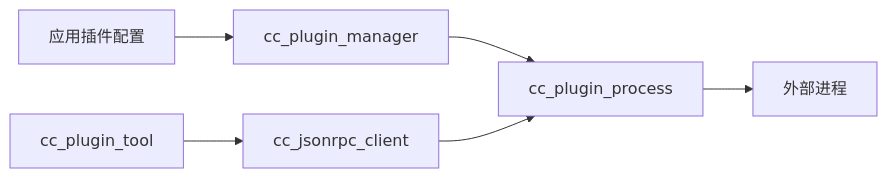
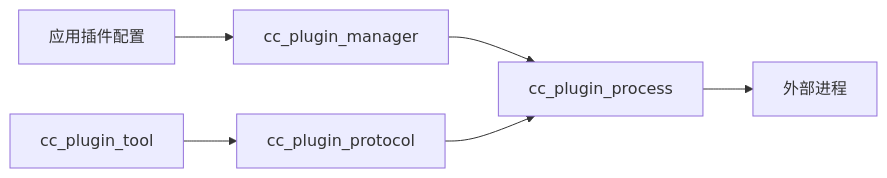
One commit to 123sdju/C_Claw changed the third of 3 diagrams in cclaw/docs/architecture.md. Above: the diagram before and after it, drawn with Mermaid. The commit also changed other lines of this file and 133 other files, not shown here.

````diff
--- a/cclaw/docs/architecture.md
+++ b/cclaw/docs/architecture.md
@@ -263,8 +306,8 @@
 ```mermaid
 flowchart LR
     CONFIG["应用插件配置"] --> MGR["cc_plugin_manager"]
     MGR --> PROC["cc_plugin_process"]
     PROC --> CHILD["外部进程"]
-    TOOL["cc_plugin_tool"] --> RPC["cc_jsonrpc_client"]
+    TOOL["cc_plugin_tool"] --> RPC["cc_plugin_protocol"]
     RPC --> PROC
 ```
````
